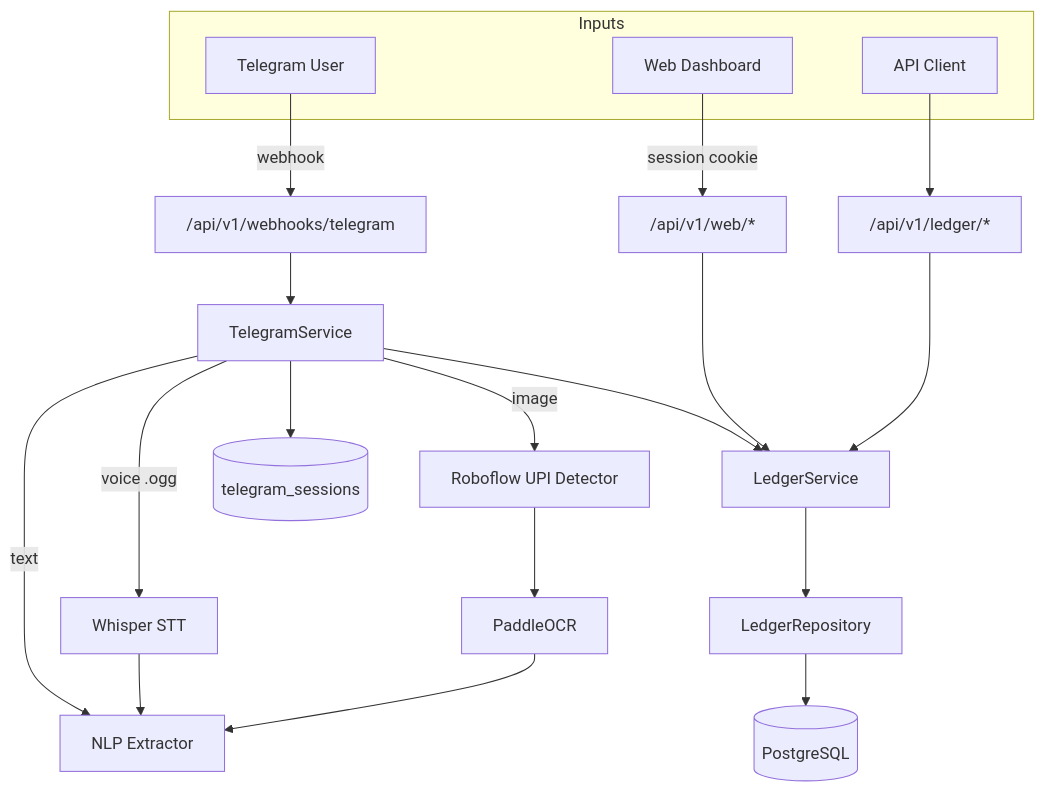
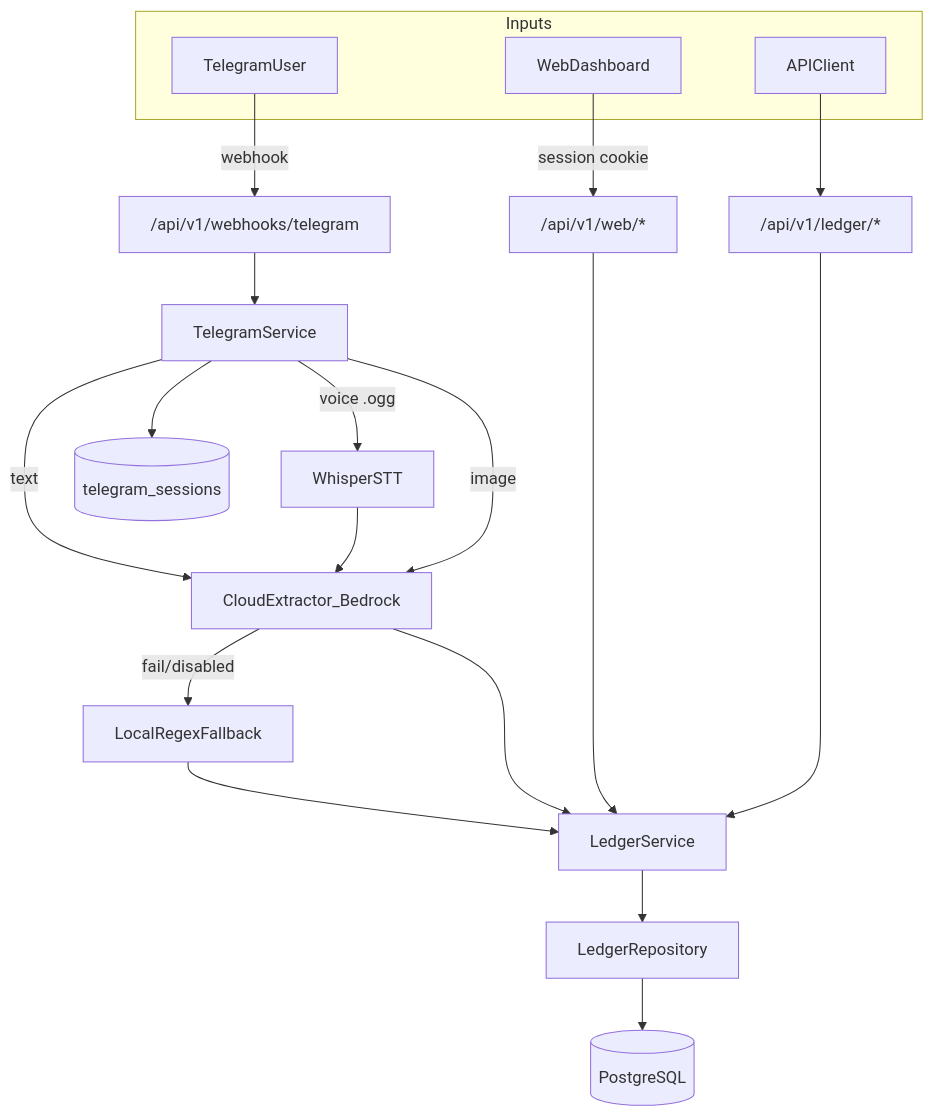
The diagram in context.md (SOGeKING-NUL/Fold), drawn with Mermaid before and after one commit. The commit also changed other lines of this file and 7 other files, not shown here.

First line of the commit message:
feat(aws): implement AWS Bedrock integration for NLP inference

````diff
--- a/context.md
+++ b/context.md
@@ -57,28 +58,30 @@
 ```mermaid
 flowchart TD
     subgraph Inputs
-        TG[Telegram User]
-        WEB[Web Dashboard]
-        API[API Client]
+        TG[TelegramUser]
+        WEB[WebDashboard]
+        API[APIClient]
     end
 
     TG -->|webhook| WEBHOOK["/api/v1/webhooks/telegram"]
     WEBHOOK --> TG_SVC[TelegramService]
 
-    TG_SVC -->|text| NLP[NLP Extractor]
-    TG_SVC -->|voice .ogg| STT[Whisper STT] --> NLP
-    TG_SVC -->|image| ROBO[Roboflow UPI Detector] --> OCR[PaddleOCR] --> NLP
+    TG_SVC -->|text| CLOUD[CloudExtractor_Bedrock]
+    TG_SVC -->|voice .ogg| STT[WhisperSTT] --> CLOUD
+    TG_SVC -->|image| CLOUD
 
-    TG_SVC --> LEDGER_SVC[LedgerService]
+    CLOUD -->|"fail/disabled"| FALLBACK[LocalRegexFallback]
+    FALLBACK --> LEDGER_SVC[LedgerService]
+    CLOUD --> LEDGER_SVC
 
     WEB -->|session cookie| WEB_CTRL["/api/v1/web/*"]
     WEB_CTRL --> LEDGER_SVC
 
     API --> LEDGER_API["/api/v1/ledger/*"]
     LEDGER_API --> LEDGER_SVC
 
     LEDGER_SVC --> REPO[LedgerRepository]
     REPO --> DB[(PostgreSQL)]
 
     TG_SVC --> SESSIONS[(telegram_sessions)]
 ```
````
